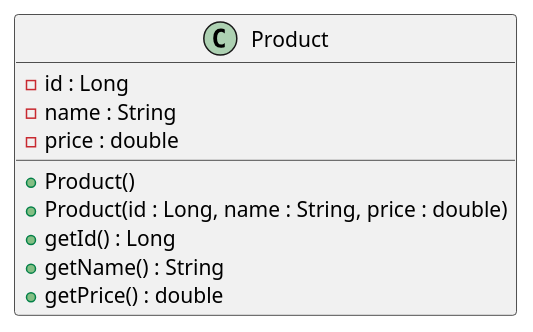
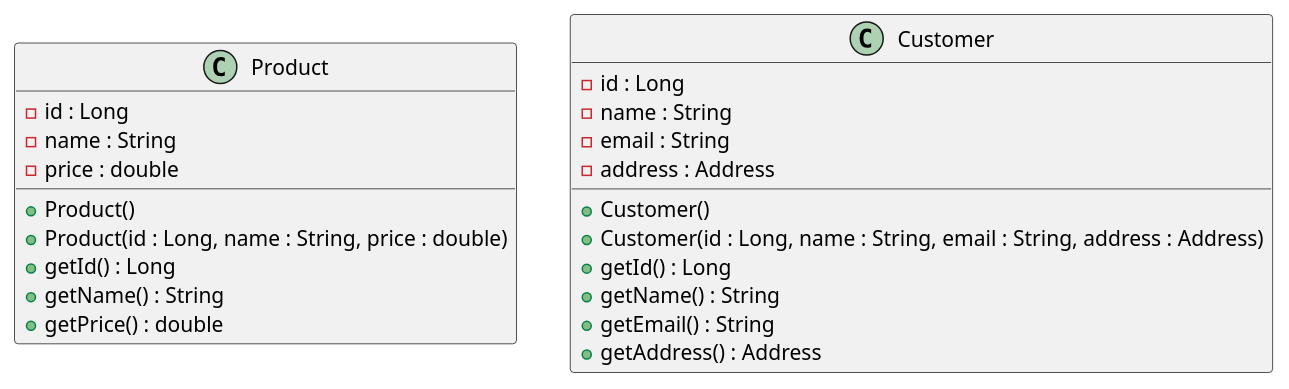
Before and after one commit to nirazanbist99/object-orientedprogramming: the diagram in Week-3/products-api/docs/uml/Product.puml, drawn with PlantUML. The commit also changed 1 other file, not shown here.

Commit message:
Tutorial 2: encapsulation and UML

```diff
--- a/Week-3/products-api/docs/uml/Product.puml
+++ b/Week-3/products-api/docs/uml/Product.puml
@@ -1,12 +1,26 @@
 @startuml
 class Product {
 - id : Long
 - name : String
 - price : double
 + Product()
 + Product(id : Long, name : String, price : double)
 + getId() : Long
 + getName() : String
 + getPrice() : double
 }
+
+class Customer{
+- id : Long
+- name : String
+- email : String
+- address : Address
++ Customer()
++ Customer(id : Long, name : String, email : String, address : Address)
++ getId() : Long
++ getName() : String
++ getEmail() : String
++ getAddress() : Address
+
+}
 @enduml
```
